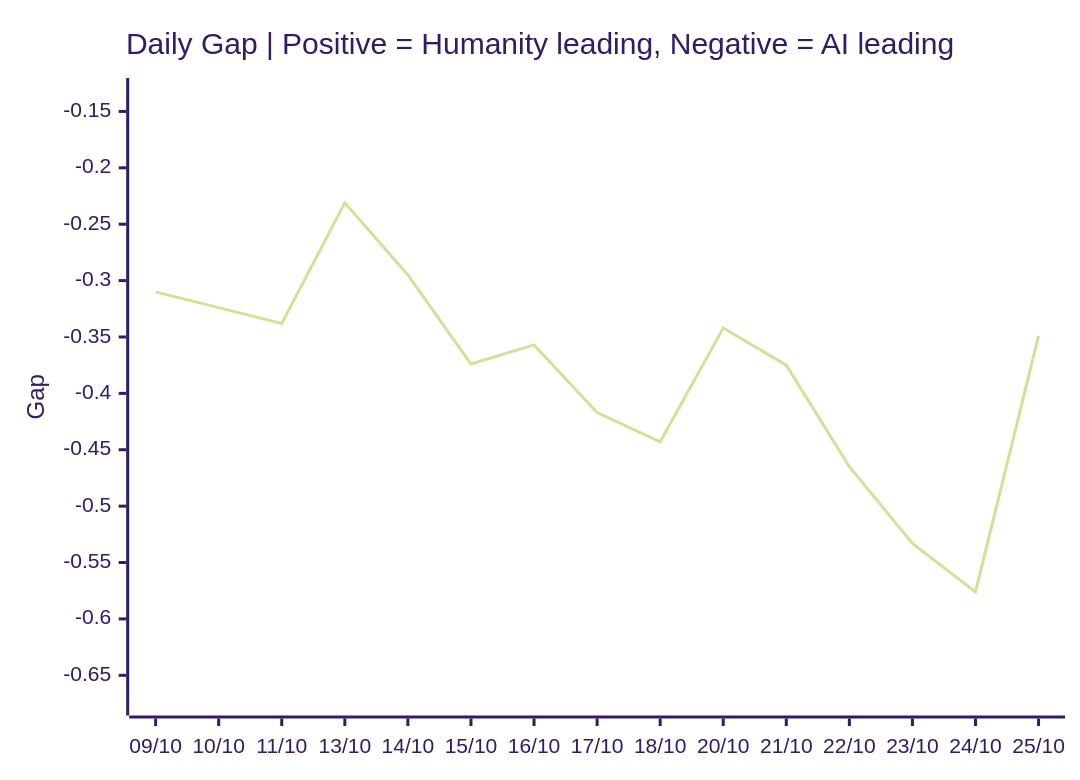
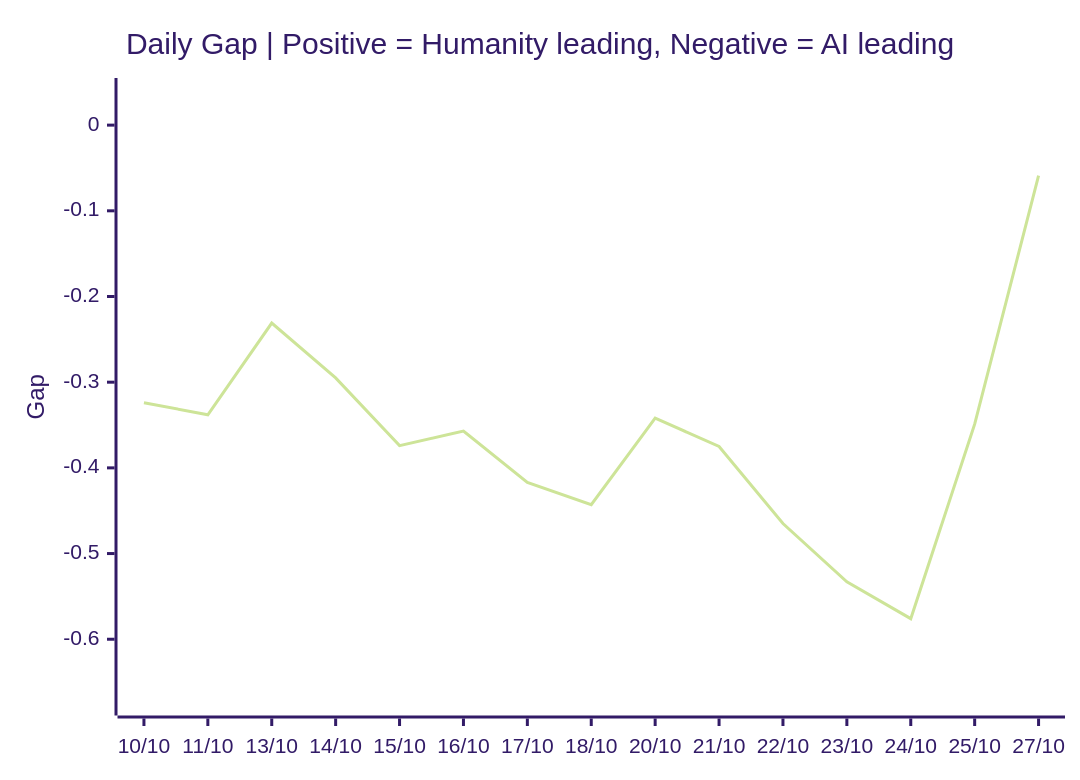
The third of 3 diagrams in README.md (VQQLK/Human-AI-Monitor), drawn with Mermaid (forest theme) before and after one commit. The commit also changed other lines of this file and 5 other files, not shown here.

````diff
--- a/README.md
+++ b/README.md
@@ -55,7 +55,7 @@
 ```mermaid
 xychart-beta
     title "Daily Gap | Positive = Humanity leading, Negative = AI leading"
-    x-axis ["09/10", "10/10", "11/10", "13/10", "14/10", "15/10", "16/10", "17/10", "18/10", "20/10", "21/10", "22/10", "23/10", "24/10", "25/10"]
-    y-axis "Gap" -0.675 --> -0.131
-    line [-0.310, -0.324, -0.338, -0.231, -0.295, -0.374, -0.357, -0.417, -0.443, -0.342, -0.375, -0.465, -0.533, -0.576, -0.349]
+    x-axis ["10/10", "11/10", "13/10", "14/10", "15/10", "16/10", "17/10", "18/10", "20/10", "21/10", "22/10", "23/10", "24/10", "25/10", "27/10"]
+    y-axis "Gap" -0.675 --> 0.041
+    line [-0.324, -0.338, -0.231, -0.295, -0.374, -0.357, -0.417, -0.443, -0.342, -0.375, -0.465, -0.533, -0.576, -0.349, -0.059]
 ```
````
